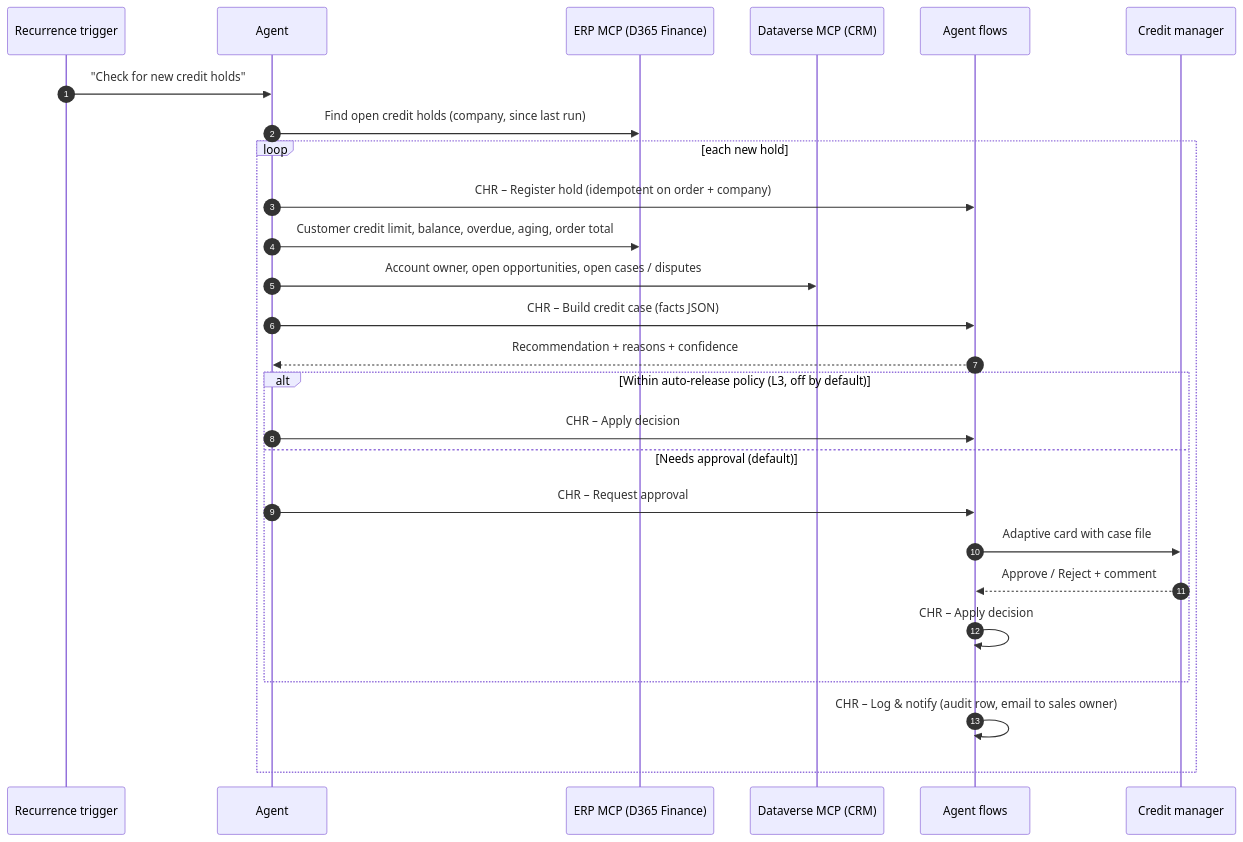
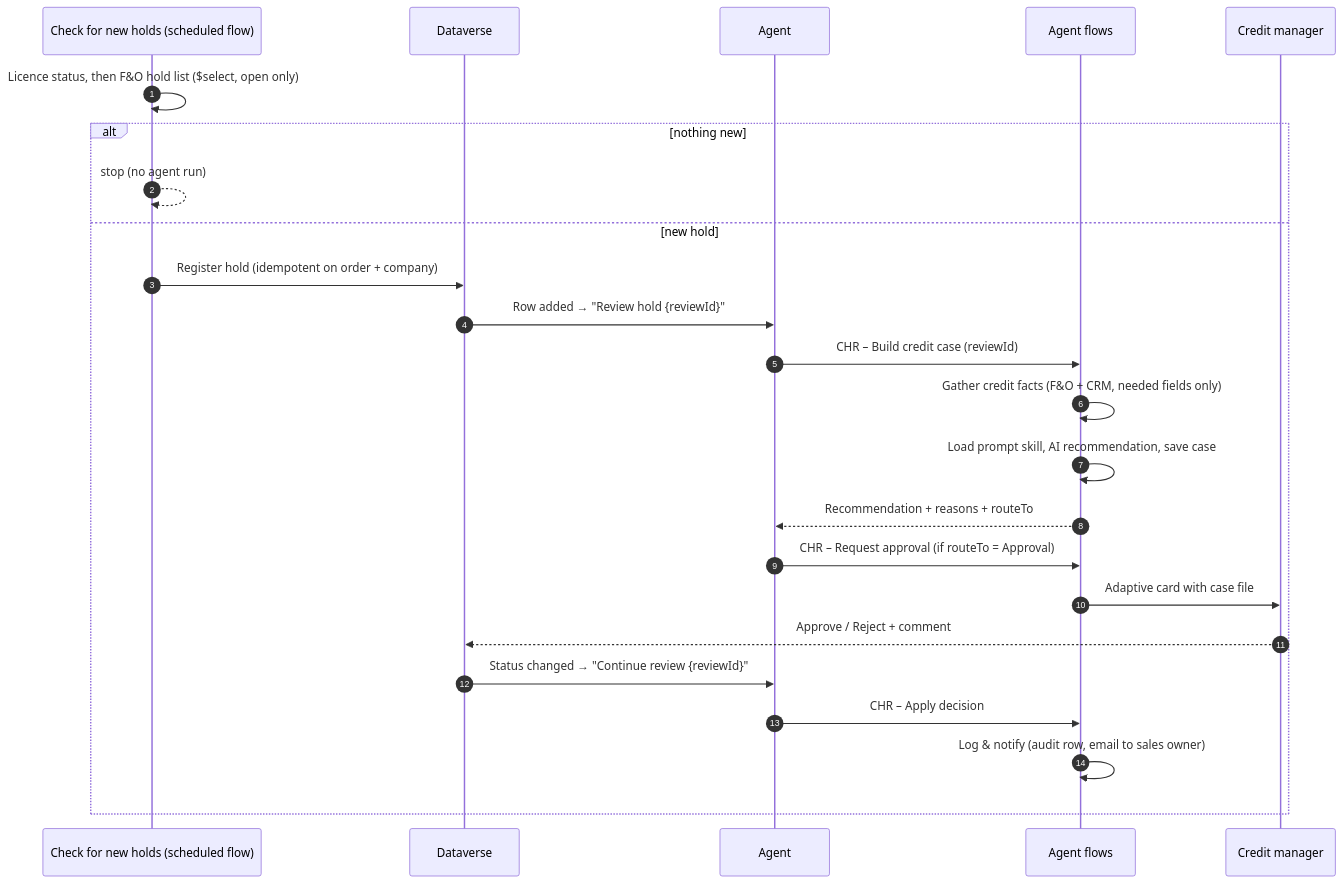
Before and after one commit to arvidsto/D365_Agents: the third of 3 diagrams in samples/credit-hold-review-agent/README.md, drawn with Mermaid. The commit also changed other lines of this file and 38 other files, not shown here.

````diff
--- a/samples/credit-hold-review-agent/README.md
+++ b/samples/credit-hold-review-agent/README.md
@@ -99,29 +109,27 @@
 ```mermaid
 sequenceDiagram
     autonumber
-    participant Rec as Recurrence trigger
+    participant Chk as Check for new holds (scheduled flow)
+    participant DV as Dataverse
     participant Ag as Agent
-    participant ERP as ERP MCP (D365 Finance)
-    participant DVM as Dataverse MCP (CRM)
     participant Fl as Agent flows
     participant Mgr as Credit manager
 
-    Rec->>Ag: "Check for new credit holds"
-    Ag->>ERP: Find open credit holds (company, since last run)
-    loop each new hold
-        Ag->>Fl: CHR – Register hold (idempotent on order + company)
-        Ag->>ERP: Customer credit limit, balance, overdue, aging, order total
-        Ag->>DVM: Account owner, open opportunities, open cases / disputes
-        Ag->>Fl: CHR – Build credit case (facts JSON)
-        Fl-->>Ag: Recommendation + reasons + confidence
-        alt Within auto-release policy (L3, off by default)
-            Ag->>Fl: CHR – Apply decision
-        else Needs approval (default)
-            Ag->>Fl: CHR – Request approval
-            Fl->>Mgr: Adaptive card with case file
-            Mgr-->>Fl: Approve / Reject + comment
-            Fl->>Fl: CHR – Apply decision
-        end
-        Fl->>Fl: CHR – Log & notify (audit row, email to sales owner)
+    Chk->>Chk: Licence status, then F&O hold list ($select, open only)
+    alt nothing new
+        Chk-->>Chk: stop (no agent run)
+    else new hold
+        Chk->>DV: Register hold (idempotent on order + company)
+        DV->>Ag: Row added → "Review hold {reviewId}"
+        Ag->>Fl: CHR – Build credit case (reviewId)
+        Fl->>Fl: Gather credit facts (F&O + CRM, needed fields only)
+        Fl->>Fl: Load prompt skill, AI recommendation, save case
+        Fl-->>Ag: Recommendation + reasons + routeTo
+        Ag->>Fl: CHR – Request approval (if routeTo = Approval)
+        Fl->>Mgr: Adaptive card with case file
+        Mgr-->>DV: Approve / Reject + comment
+        DV->>Ag: Status changed → "Continue review {reviewId}"
+        Ag->>Fl: CHR – Apply decision
+        Fl->>Fl: Log & notify (audit row, email to sales owner)
     end
 ```
````
